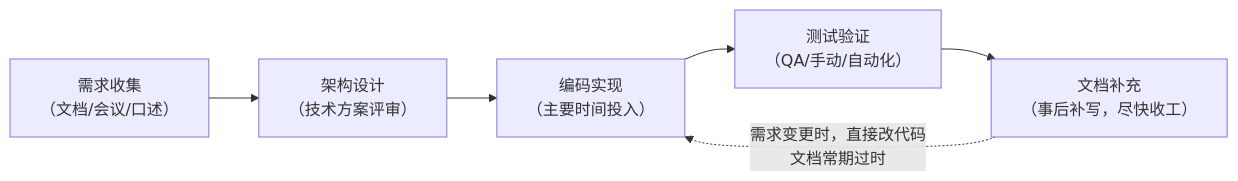
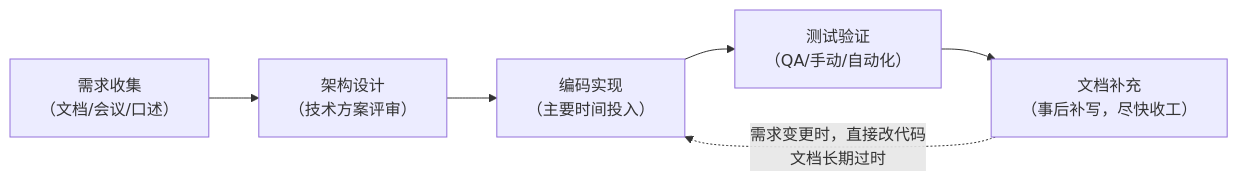
Before and after one commit to keyuanweb/ai-learning-path: the first of 7 diagrams in sdd-learning-path/01-核心理念/02-SDD与传统开发的对比.md, drawn with Mermaid. The commit also changed 176 other files, not shown here.

First line of the commit message:
docs: 全仓库文档校对修复——错别字/失效链接/Mermaid图/源码引用

````diff
--- a/sdd-learning-path/01-核心理念/02-SDD与传统开发的对比.md
+++ b/sdd-learning-path/01-核心理念/02-SDD与传统开发的对比.md
@@ -13,8 +13,8 @@
 ```mermaid
 flowchart LR
     req["需求收集<br/>（文档/会议/口述）"] --> design["架构设计<br/>（技术方案评审）"]
     design --> code["编码实现<br/>（主要时间投入）"]
     code --> test["测试验证<br/>（QA/手动/自动化）"]
     test --> docs["文档补充<br/>（事后补写，尽快收工）"]
-    docs -.->|"需求变更时，直接改代码<br/>文档常期过时"| code
+    docs -.->|"需求变更时，直接改代码<br/>文档长期过时"| code
 ```
````
